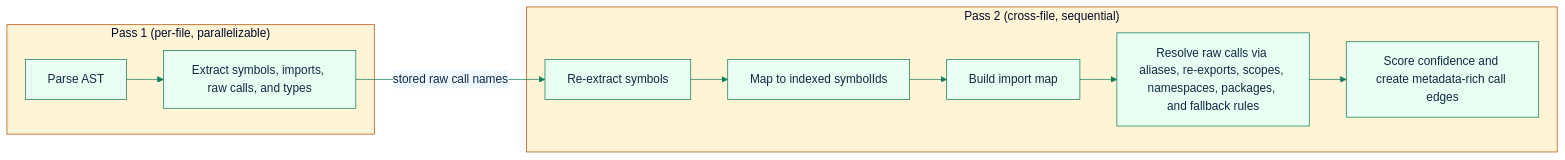
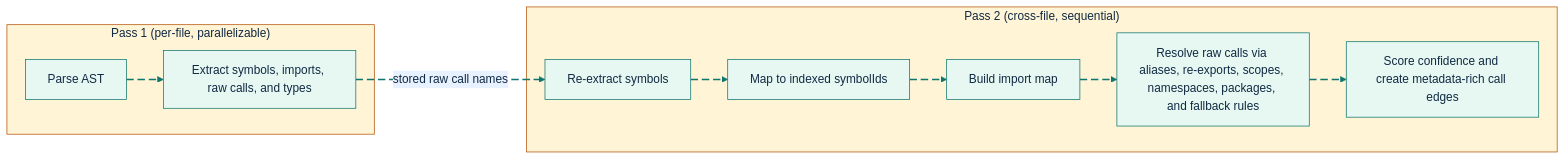
One commit to GlitterKill/sdl-mcp changed the second of 13 diagrams in docs/feature-deep-dives/semantic-engine.md. Above: the diagram before and after it, drawn with Mermaid. The commit also changed other lines of this file and 33 other files, not shown here.

First line of the commit message:
docs: update mermaid diagram themes and styling across documentation

````diff
--- a/docs/feature-deep-dives/semantic-engine.md
+++ b/docs/feature-deep-dives/semantic-engine.md
@@ -77,16 +89,25 @@
 ```mermaid
-%%{init: {"theme":"base","themeVariables":{"primaryColor":"#e8fff1","primaryBorderColor":"#157f5b","primaryTextColor":"#102a43","secondaryColor":"#eef6ff","secondaryBorderColor":"#2563eb","tertiaryColor":"#fff4d6","tertiaryBorderColor":"#b45309","lineColor":"#157f5b","fontFamily":"Trebuchet MS, Arial"},"flowchart":{"curve":"basis"}}}%%
+%%{init: {"theme":"base","themeVariables":{"background":"#ffffff","primaryColor":"#E7F8F2","primaryBorderColor":"#0F766E","primaryTextColor":"#102A43","secondaryColor":"#E8F1FF","secondaryBorderColor":"#2563EB","secondaryTextColor":"#102A43","tertiaryColor":"#FFF4D6","tertiaryBorderColor":"#B45309","tertiaryTextColor":"#102A43","lineColor":"#0F766E","textColor":"#102A43","fontFamily":"Inter, ui-sans-serif, system-ui, -apple-system, BlinkMacSystemFont, Segoe UI, sans-serif"},"flowchart":{"curve":"basis","htmlLabels":true}}}%%
 flowchart LR
     subgraph Pass1["Pass 1 (per-file, parallelizable)"]
-        Parse["Parse AST"] --> Extract["Extract symbols, imports, raw calls, and types"]
+        Parse["Parse AST"] e1@--> Extract["Extract symbols, imports, raw calls, and types"]
     end
 
     subgraph Pass2["Pass 2 (cross-file, sequential)"]
-        Reextract["Re-extract symbols"] --> Map["Map to indexed symbolIds"]
-        Map --> ImportMap["Build import map"]
-        ImportMap --> Resolve["Resolve raw calls via aliases, re-exports, scopes, namespaces, packages, and fallback rules"]
-        Resolve --> Score["Score confidence and create metadata-rich call edges"]
+        Reextract["Re-extract symbols"] e2@--> Map["Map to indexed symbolIds"]
+        Map e3@--> ImportMap["Build import map"]
+        ImportMap e4@--> Resolve["Resolve raw calls via aliases, re-exports, scopes, namespaces, packages, and fallback rules"]
+        Resolve e5@--> Score["Score confidence and create metadata-rich call edges"]
     end
 
-    Extract -->|"stored raw call names"| Reextract
+    Extract e6@-->|"stored raw call names"| Reextract
+
+    classDef source fill:#E7F8F2,stroke:#0F766E,stroke-width:2px,color:#102A43;
+    classDef process fill:#E8F1FF,stroke:#2563EB,stroke-width:2px,color:#102A43;
+    classDef decision fill:#FFF4D6,stroke:#B45309,stroke-width:2px,color:#102A43;
+    classDef storage fill:#F2E8FF,stroke:#7C3AED,stroke-width:2px,color:#102A43;
+    classDef output fill:#FFE8EF,stroke:#BE123C,stroke-width:2px,color:#102A43;
+    classDef muted fill:#F8FAFC,stroke:#64748B,stroke-width:1px,color:#102A43;
+    classDef animate stroke:#0F766E,stroke-width:2px,stroke-dasharray:10\,5,stroke-dashoffset:900,animation:dash 22s linear infinite;
+    class e1,e2,e3,e4,e5,e6 animate;
 ```
````
